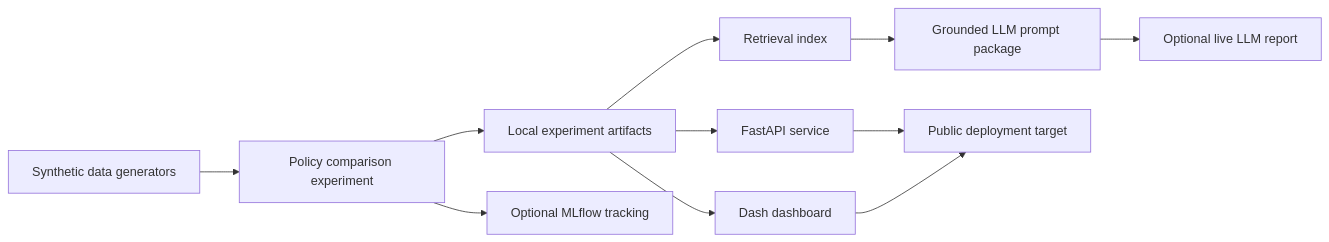
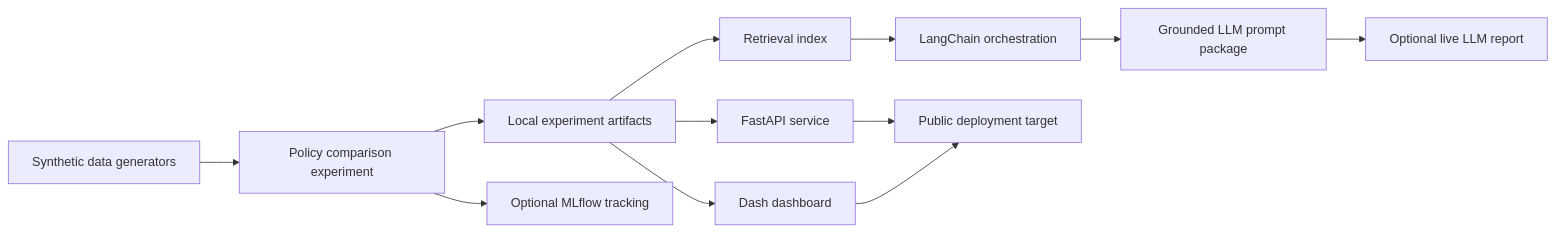
The diagram in docs/ARCHITECTURE.md (lhnsdbc/Airline-Maintenance-Simulator-Public), drawn with Mermaid before and after one commit. The commit also changed other lines of this file and 6 other files, not shown here.

Commit message:
Add LangChain orchestration layer

````diff
--- a/docs/ARCHITECTURE.md
+++ b/docs/ARCHITECTURE.md
@@ -7,13 +7,14 @@
 ```mermaid
 flowchart LR
     A["Synthetic data generators"] --> B["Policy comparison experiment"]
     B --> C["Local experiment artifacts"]
     B --> D["Optional MLflow tracking"]
     C --> E["Dash dashboard"]
     C --> F["FastAPI service"]
     C --> G["Retrieval index"]
-    G --> H["Grounded LLM prompt package"]
-    H --> I["Optional live LLM report"]
+    G --> H["LangChain orchestration"]
+    H --> I["Grounded LLM prompt package"]
+    I --> K["Optional live LLM report"]
     F --> J["Public deployment target"]
     E --> J
 ```
````
